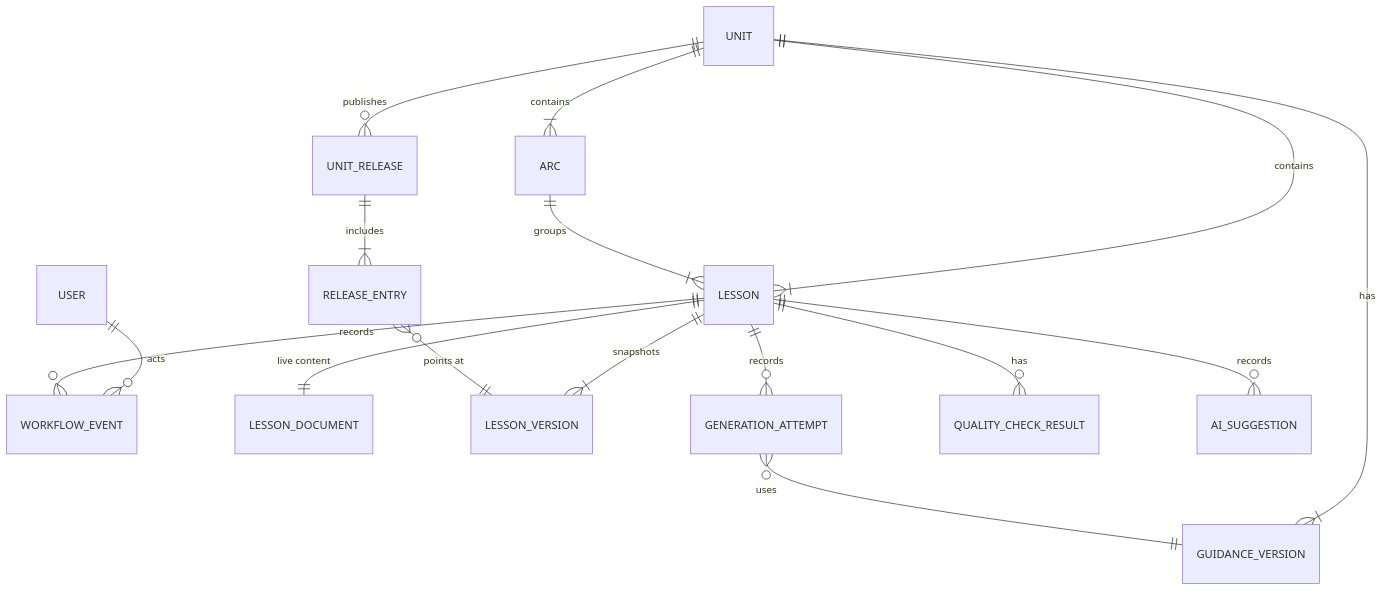
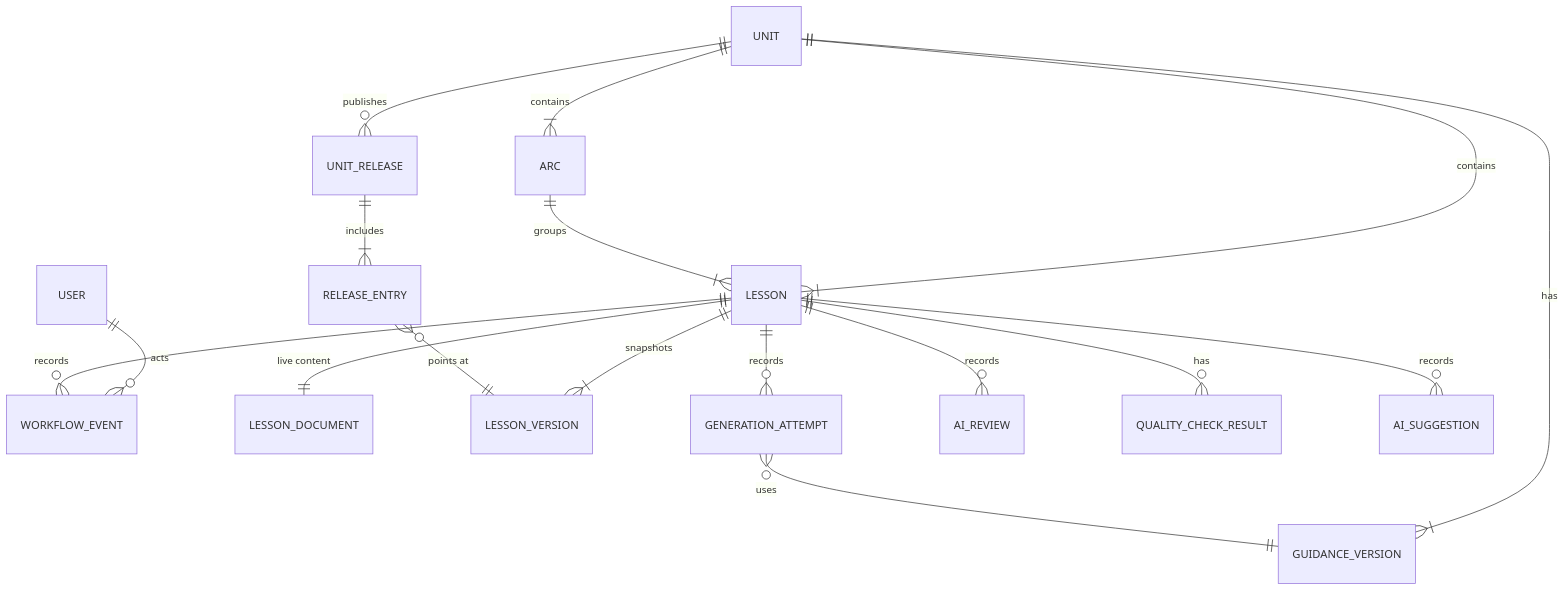
The third of 10 diagrams in docs/architecture.md (debudash/create-learningmodule), drawn with Mermaid before and after one commit. The commit also changed other lines of this file, not shown here.

Commit message:
architecture.md: match the system as built (polling not SSE, real package graph, ai_reviews and digests, server actions, approval and AI Suggestion flows, Haiku review, hosting)

````diff
--- a/docs/architecture.md
+++ b/docs/architecture.md
@@ -89,18 +95,19 @@
 ```mermaid
 erDiagram
   USER ||--o{ WORKFLOW_EVENT : acts
   UNIT ||--|{ ARC : contains
   UNIT ||--|{ LESSON : contains
   ARC ||--|{ LESSON : groups
   UNIT ||--|{ GUIDANCE_VERSION : has
   UNIT ||--o{ UNIT_RELEASE : publishes
   LESSON ||--|| LESSON_DOCUMENT : "live content"
   LESSON ||--|{ LESSON_VERSION : snapshots
   LESSON ||--o{ WORKFLOW_EVENT : records
   LESSON ||--o{ GENERATION_ATTEMPT : records
+  LESSON ||--o{ AI_REVIEW : records
   LESSON ||--o{ QUALITY_CHECK_RESULT : has
   LESSON ||--o{ AI_SUGGESTION : records
   GENERATION_ATTEMPT }o--|| GUIDANCE_VERSION : uses
   UNIT_RELEASE ||--|{ RELEASE_ENTRY : includes
   RELEASE_ENTRY }o--|| LESSON_VERSION : "points at"
 ```
````
